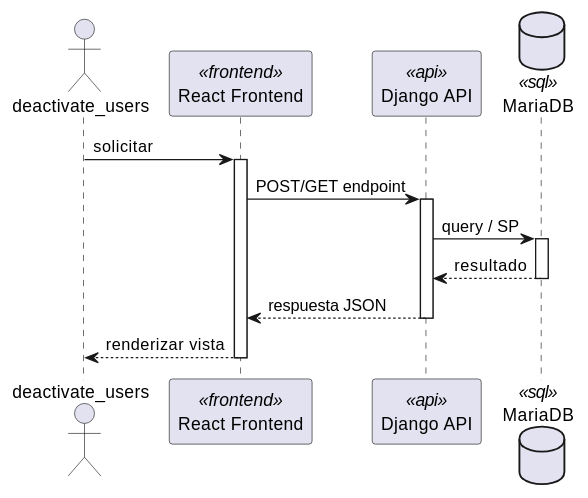
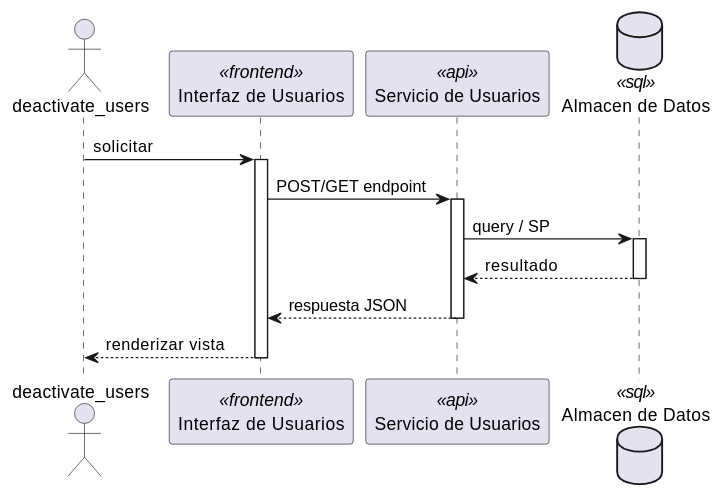
One commit to jcg-admin/IACT-docs changed the first of 2 diagrams in source/arquitectura-tecnica/DesignView/usr-04.rst. Above: the diagram before and after it, drawn with PlantUML. The commit also changed other lines of this file and 243 other files, not shown here.

First line of the commit message:
Add missing diagrams and fix participant names across Kruchten views

```diff
--- a/source/arquitectura-tecnica/DesignView/usr-04.rst
+++ b/source/arquitectura-tecnica/DesignView/usr-04.rst
@@ -22,28 +22,28 @@
 .. uml::
  :caption: UC_USR_04 — Design View (secuencia)
 
  @startuml
 
  actor "deactivate_users" as deactivate_users
- participant "React Frontend" as Frontend <<frontend>>
- participant "Django API" as APIServer <<api>>
- database "MariaDB" as BaseDatos <<sql>>
+ participant "Interfaz de Usuarios" as Iface <<frontend>>
+ participant "Servicio de Usuarios" as SvcNode <<api>>
+ database "Almacen de Datos" as Store <<sql>>
 
- deactivate_users -> Frontend : solicitar
- activate Frontend
+ deactivate_users -> Iface : solicitar
+ activate Iface
 
- Frontend -> APIServer : POST/GET endpoint
- activate APIServer
+ Iface -> SvcNode : POST/GET endpoint
+ activate SvcNode
 
- APIServer -> BaseDatos : query / SP
- activate BaseDatos
- BaseDatos --> APIServer : resultado
- deactivate BaseDatos
+ SvcNode -> Store : query / SP
+ activate Store
+ Store --> SvcNode : resultado
+ deactivate Store
 
- APIServer --> Frontend : respuesta JSON
- deactivate APIServer
+ SvcNode --> Iface : respuesta JSON
+ deactivate SvcNode
 
- Frontend --> deactivate_users : renderizar vista
- deactivate Frontend
+ Iface --> deactivate_users : renderizar vista
+ deactivate Iface
 
  @enduml
```
